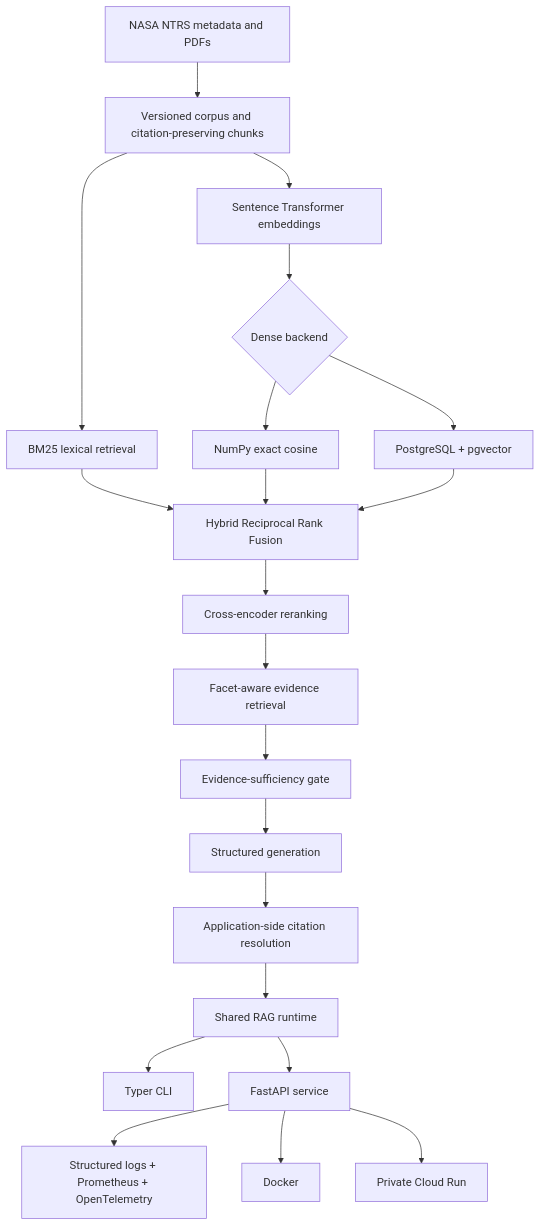
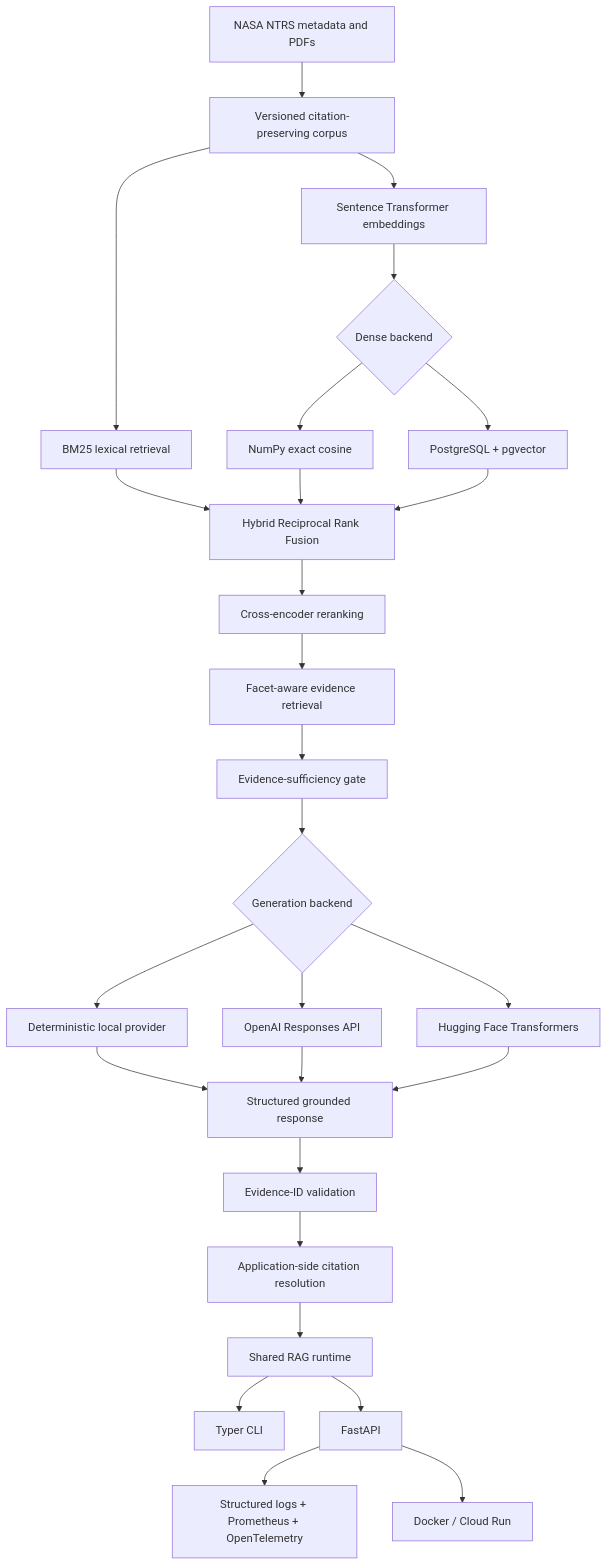
Before and after one commit to triasha72/AeroRAG-X: the diagram in README.md, drawn with Mermaid. The commit also changed other lines of this file and 16 other files, not shown here.

Commit message:
feat: add local transformers generation provider

````diff
--- a/README.md
+++ b/README.md
@@ -13,29 +13,36 @@
 ```mermaid
 flowchart TD
-    A["NASA NTRS metadata and PDFs"] --> B["Versioned corpus and citation-preserving chunks"]
-
+    A["NASA NTRS metadata and PDFs"] --> B["Versioned citation-preserving corpus"]
     B --> C["BM25 lexical retrieval"]
     B --> D["Sentence Transformer embeddings"]
 
     D --> E{"Dense backend"}
     E --> F["NumPy exact cosine"]
     E --> G["PostgreSQL + pgvector"]
 
     C --> H["Hybrid Reciprocal Rank Fusion"]
     F --> H
     G --> H
 
     H --> I["Cross-encoder reranking"]
     I --> J["Facet-aware evidence retrieval"]
     J --> K["Evidence-sufficiency gate"]
-    K --> L["Structured generation"]
-    L --> M["Application-side citation resolution"]
 
-    M --> N["Shared RAG runtime"]
-    N --> O["Typer CLI"]
-    N --> P["FastAPI service"]
+    K --> L{"Generation backend"}
+    L --> M["Deterministic local provider"]
+    L --> N["OpenAI Responses API"]
+    L --> O["Hugging Face Transformers"]
 
-    P --> Q["Structured logs + Prometheus + OpenTelemetry"]
-    P --> R["Docker"]
-    P --> S["Private Cloud Run"]
+    M --> P["Structured grounded response"]
+    N --> P
+    O --> P
+
+    P --> Q["Evidence-ID validation"]
+    Q --> R["Application-side citation resolution"]
+    R --> S["Shared RAG runtime"]
+
+    S --> T["Typer CLI"]
+    S --> U["FastAPI"]
+    U --> V["Structured logs + Prometheus + OpenTelemetry"]
+    U --> W["Docker / Cloud Run"]
 ```
````
